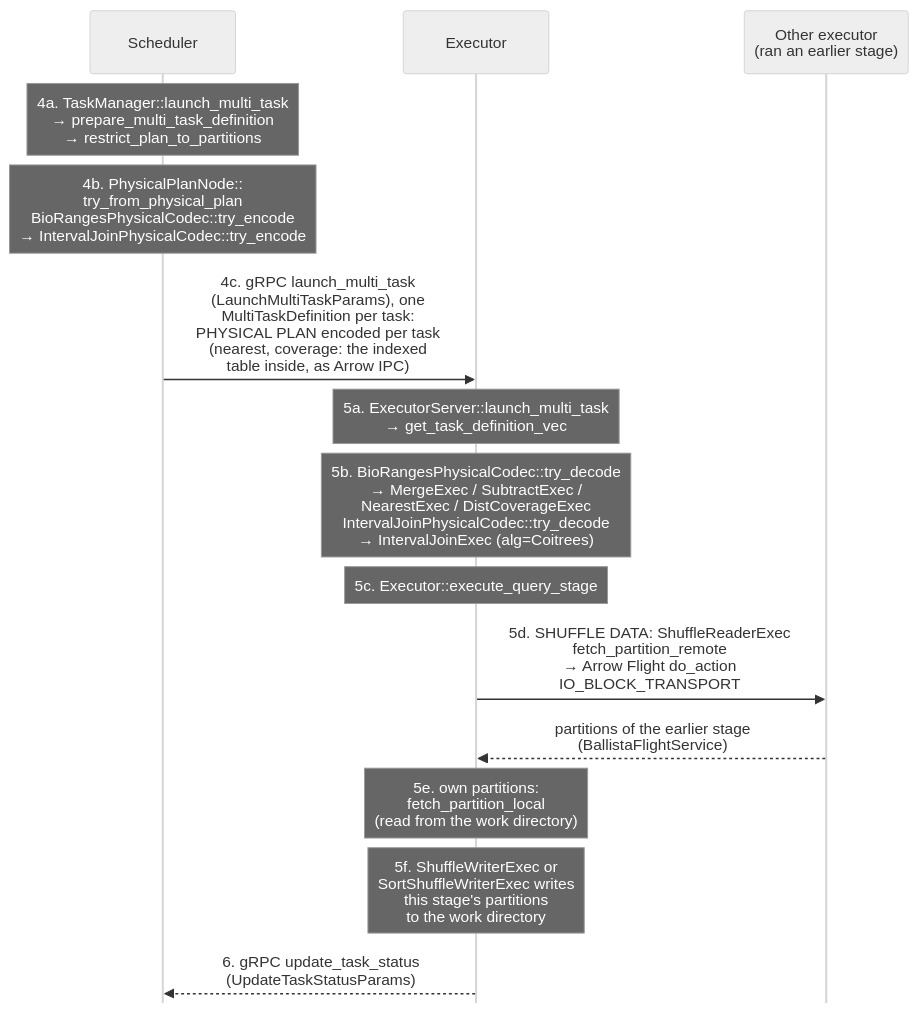
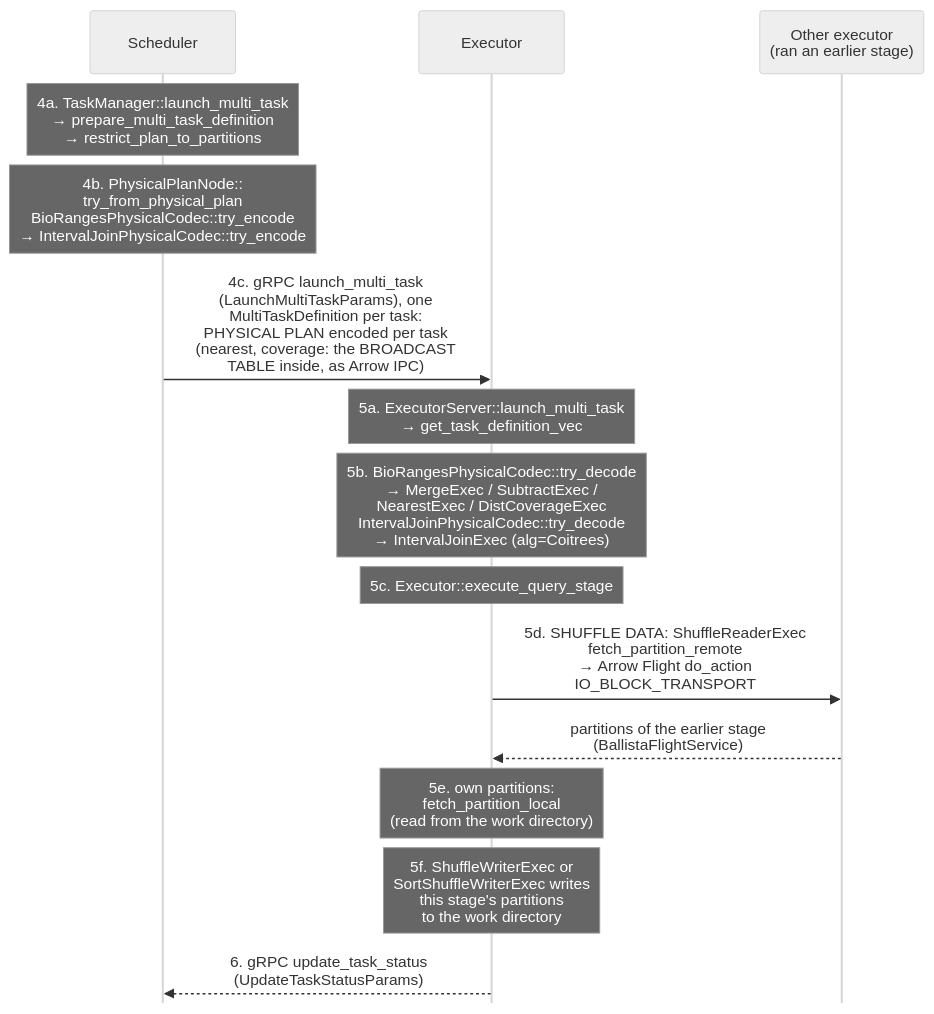
The fourth of 9 diagrams in tools/split/overlay/ballista-genomics/README.md (mkowalewski1282/distributed-polars-bio), drawn with Mermaid (neutral theme) before and after one commit. The commit also changed other lines of this file and 1 other file, not shown here.

Commit message:
Etap 4: README - poprawki po przegladzie diagramow (precyzja opisow)

````diff
--- a/tools/split/overlay/ballista-genomics/README.md
+++ b/tools/split/overlay/ballista-genomics/README.md
@@ -158,19 +160,19 @@
 ```mermaid
 %%{init: {"sequence": {"mirrorActors": false}}}%%
 sequenceDiagram
     participant S as Scheduler
     participant E as Executor
     participant O as Other executor<br/>(ran an earlier stage)
 
     Note over S: 4a. TaskManager::launch_multi_task<br/>→ prepare_multi_task_definition<br/>→ restrict_plan_to_partitions
     Note over S: 4b. PhysicalPlanNode::<br/>try_from_physical_plan<br/>BioRangesPhysicalCodec::try_encode<br/>→ IntervalJoinPhysicalCodec::try_encode
-    S->>E: 4c. gRPC launch_multi_task<br/>(LaunchMultiTaskParams), one<br/>MultiTaskDefinition per task:<br/>PHYSICAL PLAN encoded per task<br/>(nearest, coverage: the indexed<br/>table inside, as Arrow IPC)
+    S->>E: 4c. gRPC launch_multi_task<br/>(LaunchMultiTaskParams), one<br/>MultiTaskDefinition per task:<br/>PHYSICAL PLAN encoded per task<br/>(nearest, coverage: the BROADCAST<br/>TABLE inside, as Arrow IPC)
     Note over E: 5a. ExecutorServer::launch_multi_task<br/>→ get_task_definition_vec
     Note over E: 5b. BioRangesPhysicalCodec::try_decode<br/>→ MergeExec / SubtractExec /<br/>NearestExec / DistCoverageExec<br/>IntervalJoinPhysicalCodec::try_decode<br/>→ IntervalJoinExec (alg=Coitrees)
     Note over E: 5c. Executor::execute_query_stage
     E->>O: 5d. SHUFFLE DATA: ShuffleReaderExec<br/>fetch_partition_remote<br/>→ Arrow Flight do_action<br/>IO_BLOCK_TRANSPORT
     O-->>E: partitions of the earlier stage<br/>(BallistaFlightService)
     Note over E: 5e. own partitions:<br/>fetch_partition_local<br/>(read from the work directory)
     Note over E: 5f. ShuffleWriterExec or<br/>SortShuffleWriterExec writes<br/>this stage's partitions<br/>to the work directory
     E-->>S: 6. gRPC update_task_status<br/>(UpdateTaskStatusParams)
 ```
````
